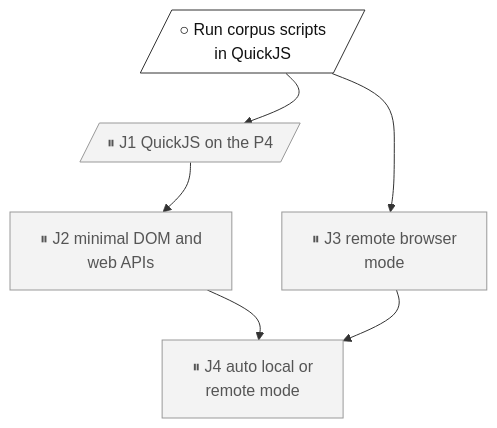
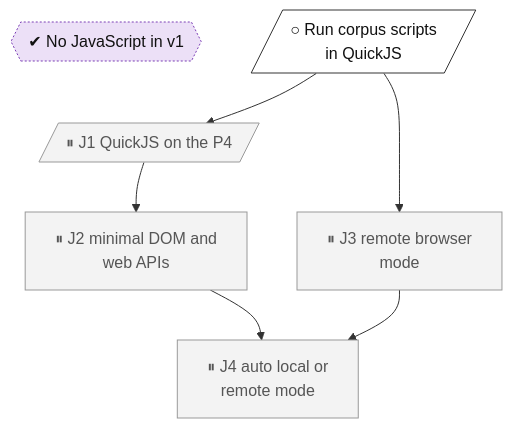
One commit to lhns/embedded-browser changed the diagram in docs/roadmap/tracks/js.md. Above: the diagram before and after it, drawn with Mermaid. The commit also changed 4 other files, not shown here.

Commit message:
Regenerate roadmap with the pinned tech-tree version

````diff
--- a/docs/roadmap/tracks/js.md
+++ b/docs/roadmap/tracks/js.md
@@ -10,34 +10,37 @@
 ```mermaid
 flowchart TB
+    js_no_js_in_v1{{"✔ No JavaScript in v1"}}
     js_host_spike[/"○ Run corpus scripts<br/>in QuickJS"/]
     js_j1_quickjs_on_p4[/"⏸ J1 QuickJS on the P4"/]
     js_j2_minimal_dom_apis["⏸ J2 minimal DOM and<br/>web APIs"]
     js_j3_remote_mode["⏸ J3 remote browser<br/>mode"]
     js_j4_auto_mode["⏸ J4 auto local or<br/>remote mode"]
+    js_no_js_in_v1 ~~~ js_j1_quickjs_on_p4
     js_host_spike ~~~ js_j1_quickjs_on_p4
     js_j1_quickjs_on_p4 ~~~ js_j2_minimal_dom_apis
     js_j1_quickjs_on_p4 ~~~ js_j3_remote_mode
     js_j2_minimal_dom_apis ~~~ js_j4_auto_mode
     js_j3_remote_mode ~~~ js_j4_auto_mode
     js_host_spike --> js_j1_quickjs_on_p4
     js_j1_quickjs_on_p4 --> js_j2_minimal_dom_apis
     js_host_spike --> js_j3_remote_mode
     js_j2_minimal_dom_apis --> js_j4_auto_mode
     js_j3_remote_mode --> js_j4_auto_mode
     classDef vsucc fill:#2e9e4f,stroke:#1b6b34,color:#fff
     classDef succ fill:#bfe8c8,stroke:#2e9e4f,color:#111
     classDef mixed fill:#ffd37a,stroke:#c98a00,color:#111
     classDef bad fill:#f28b82,stroke:#b3261e,color:#111
     classDef dead fill:#e6e6e6,stroke:#777,stroke-dasharray:5 5,color:#555
     classDef inprog fill:#a8cdf5,stroke:#1f6fc5,color:#111
     classDef next fill:#fff,stroke:#333,color:#111
     classDef blocked fill:#fff,stroke:#b3261e,stroke-dasharray:2 2,color:#111
     classDef parked fill:#f3f3f3,stroke:#999,color:#555
     classDef unrated fill:#fff,stroke:#333,stroke-dasharray:1 3,color:#111
     classDef gate fill:#d9c2f0,stroke:#7b3fb5,color:#111
     classDef decided fill:#ece0f7,stroke:#7b3fb5,stroke-dasharray:2 2,color:#111
     classDef finding fill:#ffe0b2,stroke:#d84315,stroke-width:2px,color:#111
     classDef waiting fill:#e3f2fd,stroke:#1f6fc5,stroke-dasharray:5 5,color:#111
+    class js_no_js_in_v1 decided
     class js_host_spike next
     class js_j1_quickjs_on_p4,js_j2_minimal_dom_apis,js_j3_remote_mode,js_j4_auto_mode parked
 ```
````
